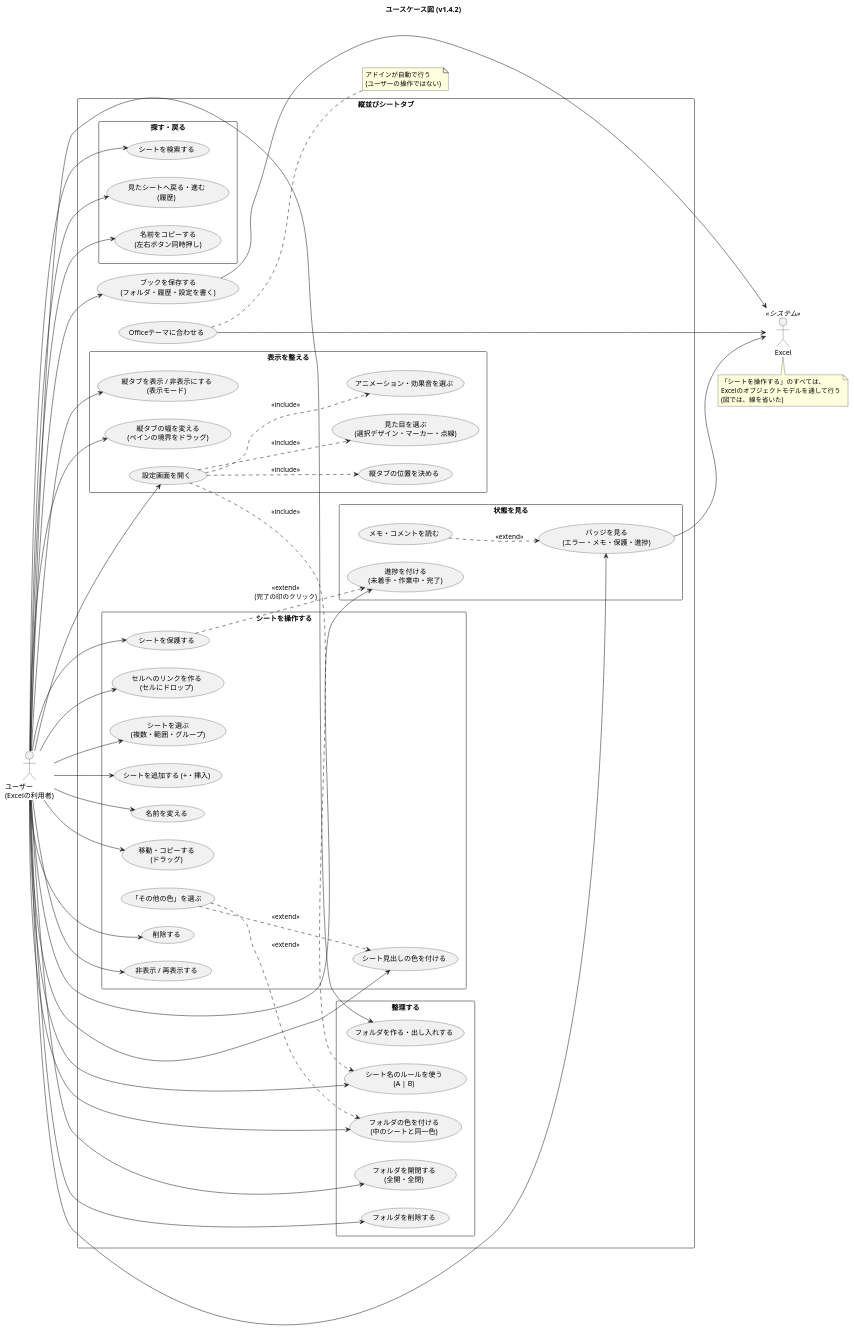
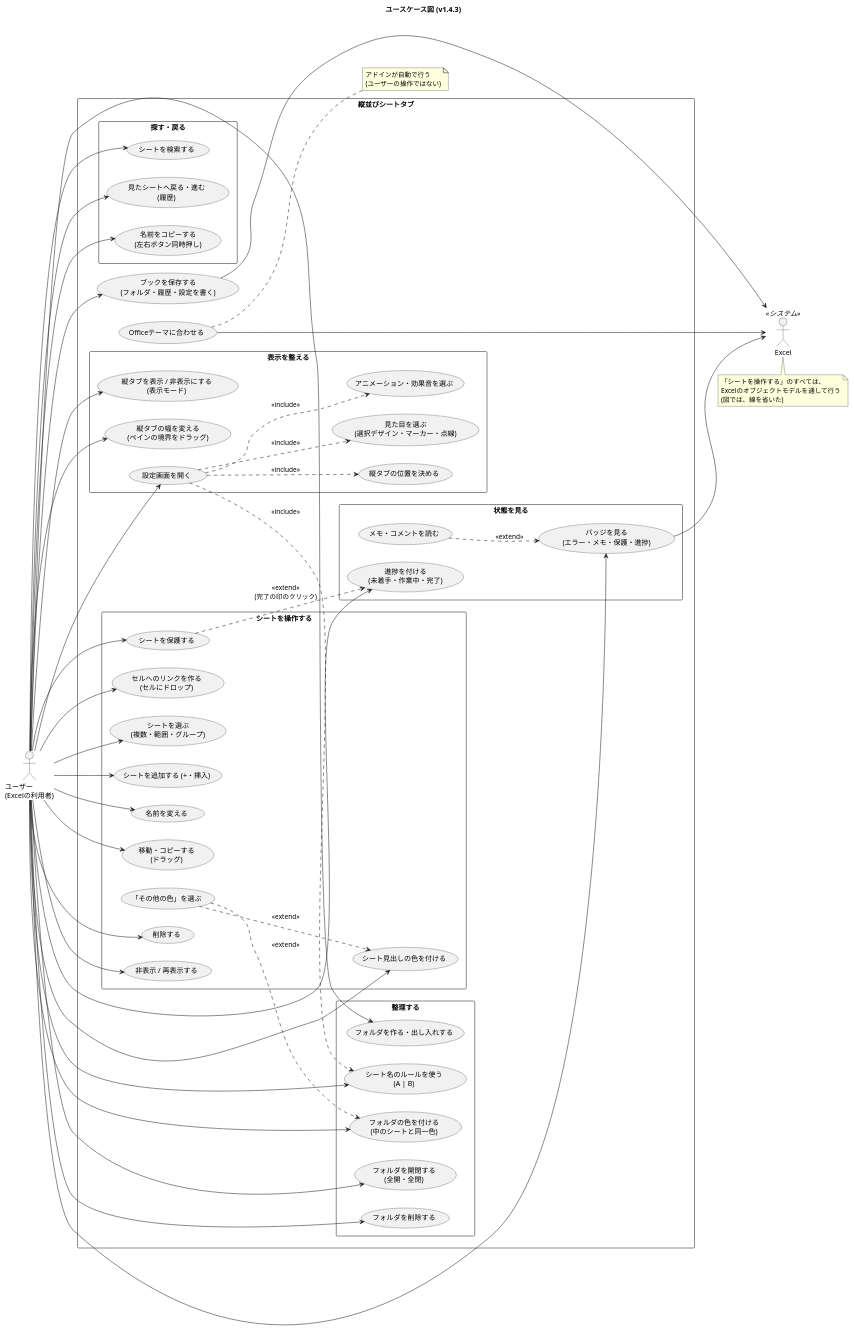
The diagram in docs/usecase.puml (nk-taka623/VerticalSheetTabs), drawn with PlantUML before and after one commit. The commit also changed 14 other files, not shown here.

Commit message:
v1.4.3 にする (バージョン、README の変更点、設計図の版数)

```diff
--- a/docs/usecase.puml
+++ b/docs/usecase.puml
@@ -1,105 +1,105 @@
 @startuml
-title ユースケース図 (v1.4.2)
+title ユースケース図 (v1.4.3)
 left to right direction
 skinparam shadowing false
 skinparam packageStyle rectangle
 
 actor "ユーザー\n(Excelの利用者)" as U
 actor "Excel" as XL <<システム>>
 
 rectangle "縦並びシートタブ" {
 
   package "シートを操作する" {
     usecase "シートを選ぶ\n(複数・範囲・グループ)" as UC_SEL
     usecase "シートを追加する (+・挿入)" as UC_ADD
     usecase "名前を変える" as UC_REN
     usecase "移動・コピーする\n(ドラッグ)" as UC_MOVE
     usecase "削除する" as UC_DEL
     usecase "非表示 / 再表示する" as UC_HIDE
     usecase "シート見出しの色を付ける" as UC_COLOR
     usecase "「その他の色」を選ぶ" as UC_MORE
     usecase "シートを保護する" as UC_PROT
     usecase "セルへのリンクを作る\n(セルにドロップ)" as UC_LINK
   }
 
   package "整理する" {
     usecase "フォルダを作る・出し入れする" as UC_FOLDER
     usecase "フォルダを開閉する\n(全開・全閉)" as UC_TOGGLE
     usecase "フォルダの色を付ける\n(中のシートと同一色)" as UC_FCOLOR
     usecase "フォルダを削除する" as UC_FDEL
     usecase "シート名のルールを使う\n(A | B)" as UC_RULE
   }
 
   package "探す・戻る" {
     usecase "シートを検索する" as UC_SEARCH
     usecase "見たシートへ戻る・進む\n(履歴)" as UC_HIST
     usecase "名前をコピーする\n(左右ボタン同時押し)" as UC_COPY
   }
 
   package "状態を見る" {
     usecase "バッジを見る\n(エラー・メモ・保護・進捗)" as UC_BADGE
     usecase "メモ・コメントを読む" as UC_MEMO
     usecase "進捗を付ける\n(未着手・作業中・完了)" as UC_PROG
   }
 
   package "表示を整える" {
     usecase "縦タブを表示 / 非表示にする\n(表示モード)" as UC_MODE
     usecase "縦タブの位置を決める" as UC_SIDE
     usecase "縦タブの幅を変える\n(ペインの境界をドラッグ)" as UC_WIDTH
     usecase "設定画面を開く" as UC_SET
     usecase "見た目を選ぶ\n(選択デザイン・マーカー・点線)" as UC_LOOK
     usecase "アニメーション・効果音を選ぶ" as UC_ANIM
   }
 
   usecase "ブックを保存する\n(フォルダ・履歴・設定を書く)" as UC_SAVE
   usecase "Officeテーマに合わせる" as UC_THEME
 }
 
 U --> UC_SEL
 U --> UC_ADD
 U --> UC_REN
 U --> UC_MOVE
 U --> UC_DEL
 U --> UC_HIDE
 U --> UC_COLOR
 U --> UC_PROT
 U --> UC_LINK
 U --> UC_FOLDER
 U --> UC_TOGGLE
 U --> UC_FCOLOR
 U --> UC_FDEL
 U --> UC_RULE
 U --> UC_SEARCH
 U --> UC_HIST
 U --> UC_COPY
 U --> UC_BADGE
 U --> UC_PROG
 U --> UC_MODE
 U --> UC_WIDTH
 U --> UC_SET
 U --> UC_SAVE
 
 UC_MORE ..> UC_COLOR : <<extend>>
 UC_MORE ..> UC_FCOLOR : <<extend>>
 UC_MEMO ..> UC_BADGE : <<extend>>
 UC_PROT ..> UC_PROG : <<extend>>\n(完了の印のクリック)
 UC_SET ..> UC_SIDE : <<include>>
 UC_SET ..> UC_LOOK : <<include>>
 UC_SET ..> UC_ANIM : <<include>>
 UC_SET ..> UC_RULE : <<include>>
 
 UC_SAVE --> XL
 UC_THEME --> XL
 UC_BADGE --> XL
 
 note bottom of XL
   「シートを操作する」のすべては、
   Excelのオブジェクトモデルを通して行う
   (図では、線を省いた)
 end note
 
 note right of UC_THEME
   アドインが自動で行う
   (ユーザーの操作ではない)
 end note
 @enduml
```
